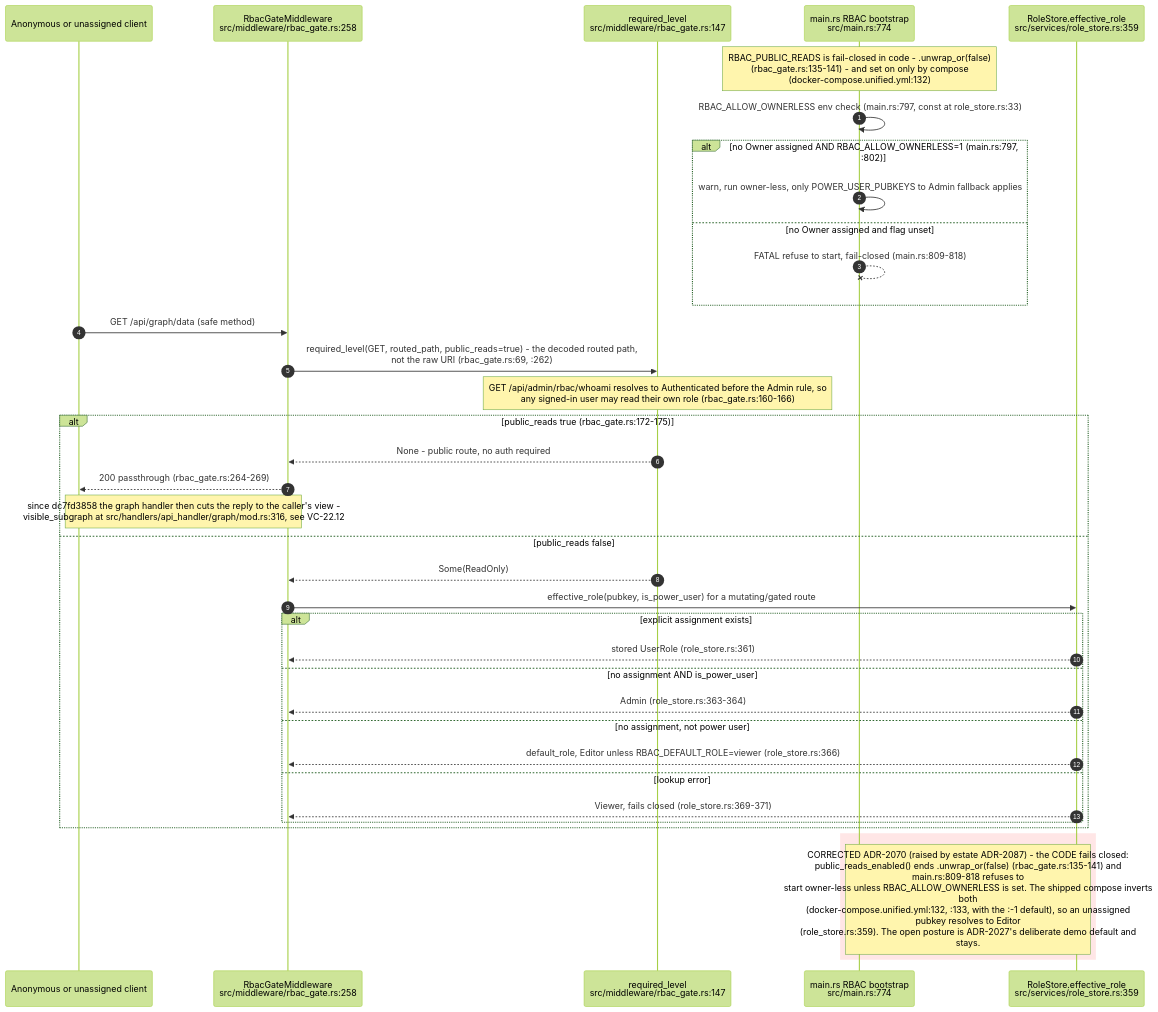
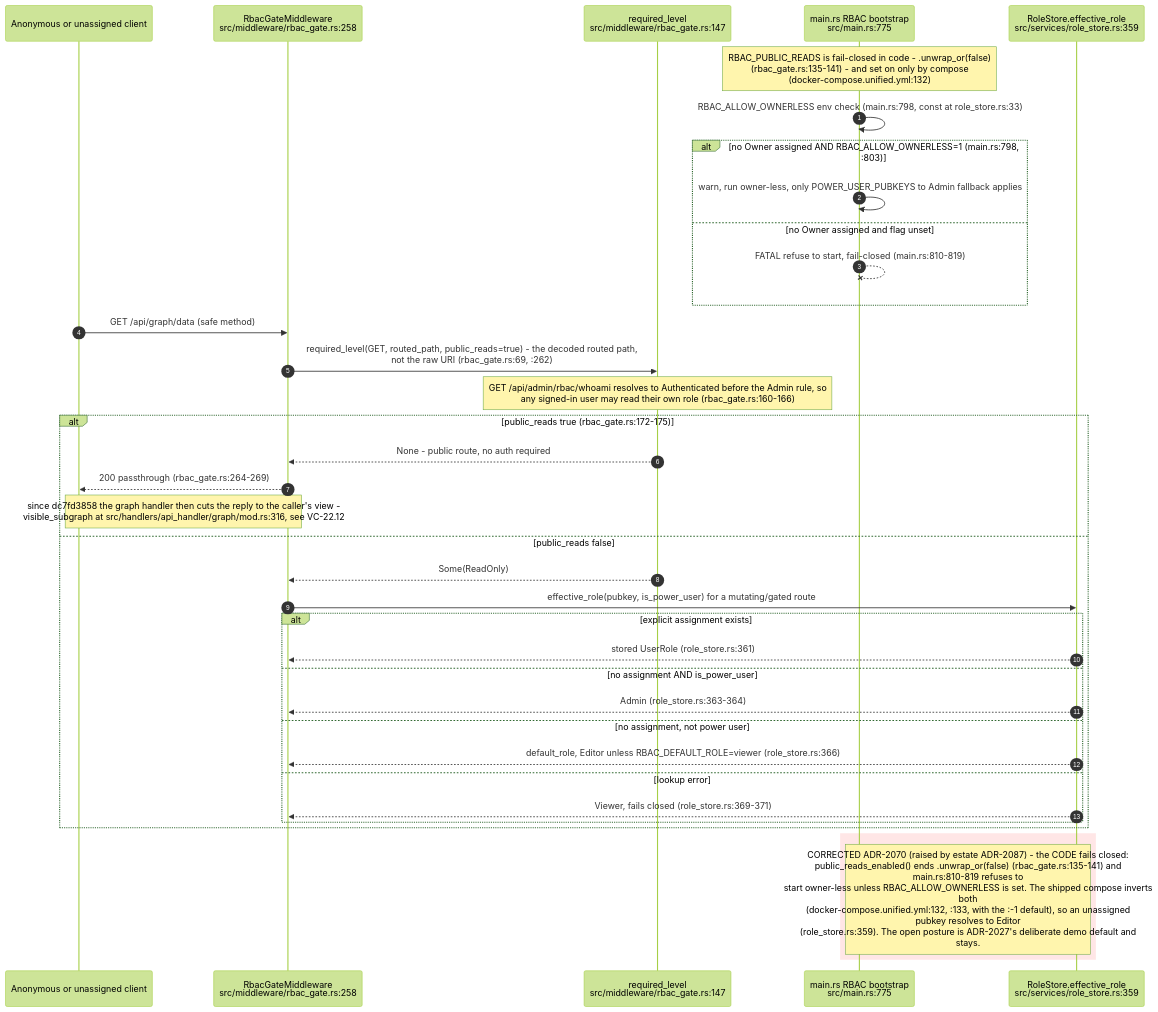
Before and after one commit to DreamLab-AI/VisionFlow: the ninth of 14 diagrams in docs/diagrams/visionclaw/22-data-authority-provenance-erasure.md, drawn with Mermaid (forest theme). The commit also changed other lines of this file and 49 other files, not shown here.

First line of the commit message:
docs(diagrams): re-derive and re-stamp VisionClaw, estate, knowledge-graph, visionGraph, VisionFlow and sidestr topics

````diff
--- a/docs/diagrams/visionclaw/22-data-authority-provenance-erasure.md
+++ b/docs/diagrams/visionclaw/22-data-authority-provenance-erasure.md
@@ -409,40 +409,40 @@
 ```mermaid
 sequenceDiagram
     autonumber
     participant C as Anonymous or unassigned client
     participant GATE as RbacGateMiddleware<br/>src/middleware/rbac_gate.rs:258
     participant REQ as required_level<br/>src/middleware/rbac_gate.rs:147
-    participant BOOT as main.rs RBAC bootstrap<br/>src/main.rs:774
+    participant BOOT as main.rs RBAC bootstrap<br/>src/main.rs:775
     participant RS as RoleStore.effective_role<br/>src/services/role_store.rs:359
 
     Note over BOOT: RBAC_PUBLIC_READS is fail-closed in code - .unwrap_or(false)<br/>(rbac_gate.rs:135-141) - and set on only by compose<br/>(docker-compose.unified.yml:132)
-    BOOT->>BOOT: RBAC_ALLOW_OWNERLESS env check (main.rs:797, const at role_store.rs:33)
-    alt no Owner assigned AND RBAC_ALLOW_OWNERLESS=1 (main.rs:797, :802)
+    BOOT->>BOOT: RBAC_ALLOW_OWNERLESS env check (main.rs:798, const at role_store.rs:33)
+    alt no Owner assigned AND RBAC_ALLOW_OWNERLESS=1 (main.rs:798, :803)
         BOOT->>BOOT: warn, run owner-less, only POWER_USER_PUBKEYS to Admin fallback applies
     else no Owner assigned and flag unset
-        BOOT--xBOOT: FATAL refuse to start, fail-closed (main.rs:809-818)
+        BOOT--xBOOT: FATAL refuse to start, fail-closed (main.rs:810-819)
     end
     C->>GATE: GET /api/graph/data (safe method)
     GATE->>REQ: required_level(GET, routed_path, public_reads=true) - the decoded routed path,<br/>not the raw URI (rbac_gate.rs:69, :262)
     Note over REQ: GET /api/admin/rbac/whoami resolves to Authenticated before the Admin rule, so<br/>any signed-in user may read their own role (rbac_gate.rs:160-166)
     alt public_reads true (rbac_gate.rs:172-175)
         REQ-->>GATE: None - public route, no auth required
         GATE-->>C: 200 passthrough (rbac_gate.rs:264-269)
         Note over C,GATE: since dc7fd3858 the graph handler then cuts the reply to the caller's view -<br/>visible_subgraph at src/handlers/api_handler/graph/mod.rs:316, see VC-22.12
     else public_reads false
         REQ-->>GATE: Some(ReadOnly)
         GATE->>RS: effective_role(pubkey, is_power_user) for a mutating/gated route
         alt explicit assignment exists
             RS-->>GATE: stored UserRole (role_store.rs:361)
         else no assignment AND is_power_user
             RS-->>GATE: Admin (role_store.rs:363-364)
         else no assignment, not power user
             RS-->>GATE: default_role, Editor unless RBAC_DEFAULT_ROLE=viewer (role_store.rs:366)
         else lookup error
             RS-->>GATE: Viewer, fails closed (role_store.rs:369-371)
         end
     end
     rect rgb(255, 230, 230)
-    Note over BOOT,RS: CORRECTED ADR-2070 (raised by estate ADR-2087) - the CODE fails closed:<br/>public_reads_enabled() ends .unwrap_or(false) (rbac_gate.rs:135-141) and<br/>main.rs:809-818 refuses to<br/>start owner-less unless RBAC_ALLOW_OWNERLESS is set. The shipped compose inverts<br/>both<br/>(docker-compose.unified.yml:132, :133, with the :-1 default), so an unassigned<br/>pubkey resolves to Editor<br/>(role_store.rs:359). The open posture is ADR-2027's deliberate demo default and<br/>stays.
+    Note over BOOT,RS: CORRECTED ADR-2070 (raised by estate ADR-2087) - the CODE fails closed:<br/>public_reads_enabled() ends .unwrap_or(false) (rbac_gate.rs:135-141) and<br/>main.rs:810-819 refuses to<br/>start owner-less unless RBAC_ALLOW_OWNERLESS is set. The shipped compose inverts<br/>both<br/>(docker-compose.unified.yml:132, :133, with the :-1 default), so an unassigned<br/>pubkey resolves to Editor<br/>(role_store.rs:359). The open posture is ADR-2027's deliberate demo default and<br/>stays.
     end
 ```
````
